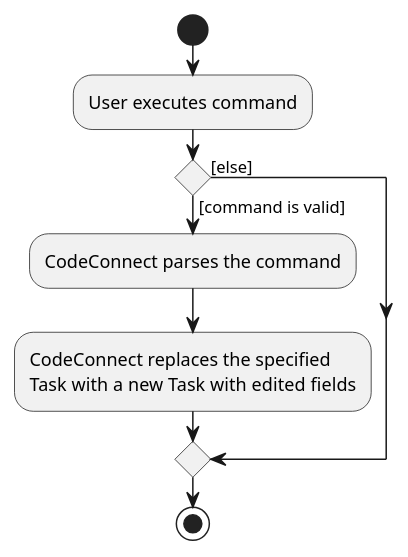
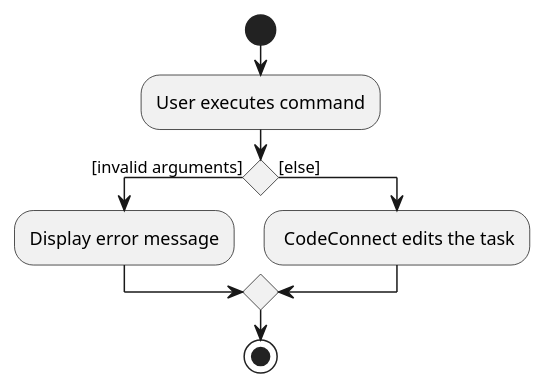
Before and after one commit to nus-cs2103-AY2223S1/tp: the diagram in docs/diagrams/EditTaskActivityDiagram.puml, drawn with PlantUML. The commit also changed 2 other files, not shown here.

```diff
--- a/docs/diagrams/EditTaskActivityDiagram.puml
+++ b/docs/diagrams/EditTaskActivityDiagram.puml
@@ -1,15 +1,15 @@
 @startuml
 start
 :User executes command;
 
 'Since the beta syntax does not support placing the condition outside the
 'diamond we place it as the true branch instead.
 
-if () then ([command is valid])
-    :CodeConnect parses the command;
-    :CodeConnect replaces the specified
-    Task with a new Task with edited fields;
+if () then ([invalid arguments])
+    :Display error message;
 else ([else])
+    : CodeConnect edits the task;
 endif
+
 stop
 @enduml
```
